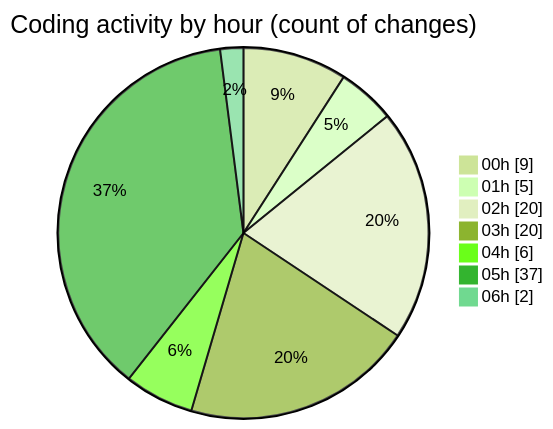
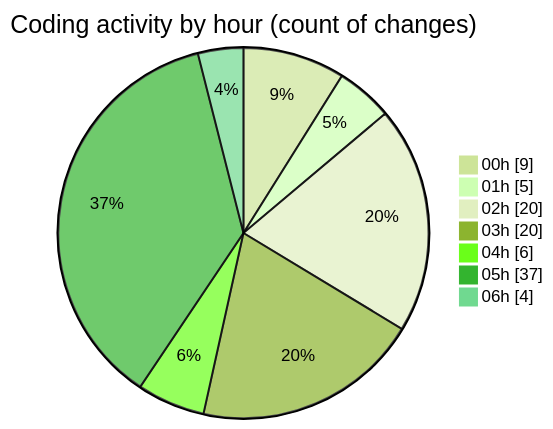
One commit to lephambinh05/code-tracking changed the second of 2 diagrams in 2025-08-05/studybuddy/README.md. Above: the diagram before and after it, drawn with Mermaid (forest theme). The commit also changed other lines of this file and 1 other file, not shown here.

````diff
--- a/2025-08-05/studybuddy/README.md
+++ b/2025-08-05/studybuddy/README.md
@@ -59,11 +59,11 @@
 ```mermaid
 pie showData
 title Coding activity by hour (count of changes)
 "00h" : 9
 "01h" : 5
 "02h" : 20
 "03h" : 20
 "04h" : 6
 "05h" : 37
-"06h" : 2
+"06h" : 4
 ```
````
